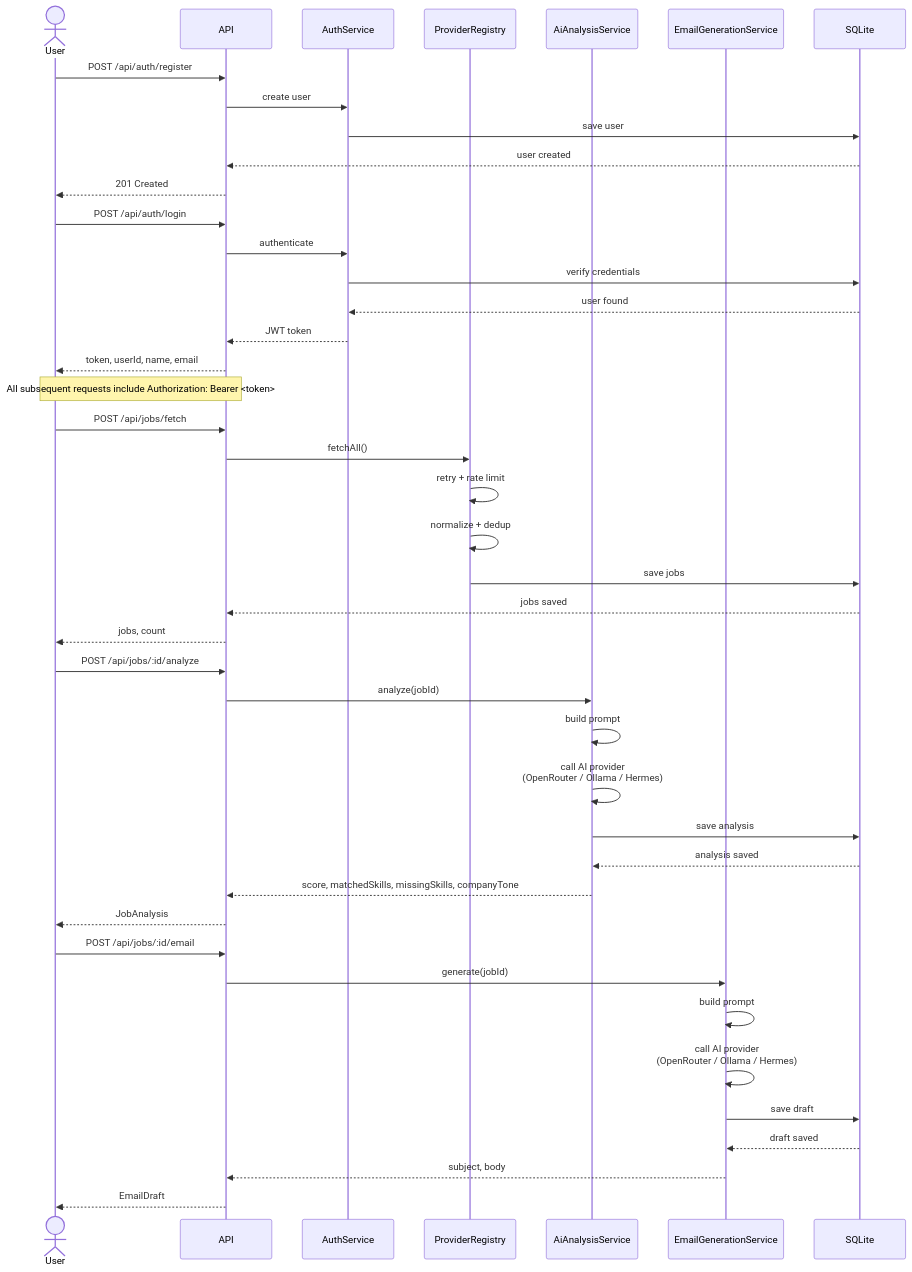
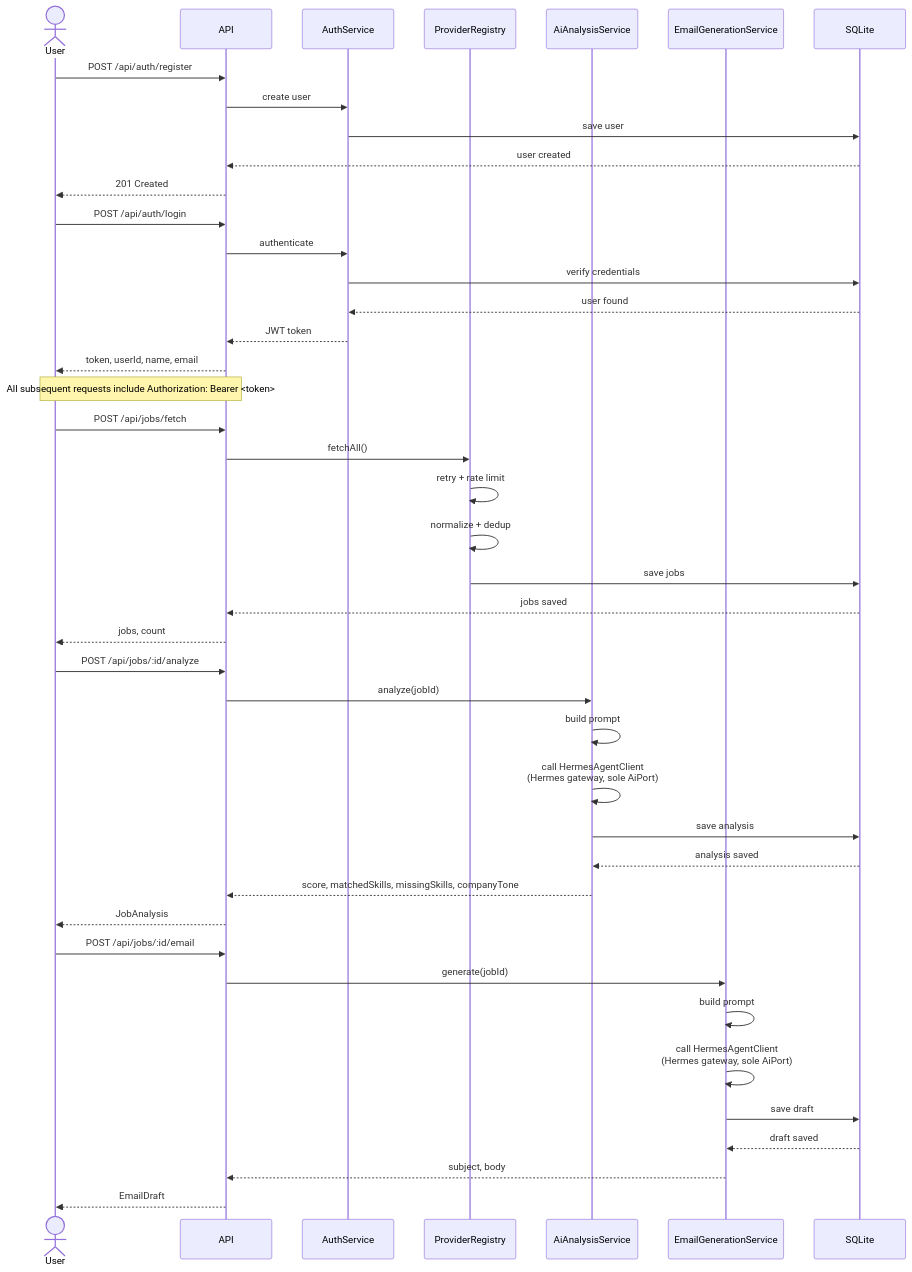
Before and after one commit to Uzzoper/job-hunter: the second of 6 diagrams in README.md, drawn with Mermaid. The commit also changed other lines of this file and 12 other files, not shown here.

Commit message:
docs: point ai docs at hermes as sole provider

````diff
--- a/README.md
+++ b/README.md
@@ -128,51 +120,51 @@
 ```mermaid
 sequenceDiagram
     actor User
     participant API
     participant Auth as AuthService
     participant Scraper as ProviderRegistry
     participant AI as AiAnalysisService
     participant Email as EmailGenerationService
     participant DB as SQLite
 
     User ->> API: POST /api/auth/register
     API ->> Auth: create user
     Auth ->> DB: save user
     DB -->> API: user created
     API -->> User: 201 Created
 
     User ->> API: POST /api/auth/login
     API ->> Auth: authenticate
     Auth ->> DB: verify credentials
     DB -->> Auth: user found
     Auth -->> API: JWT token
     API -->> User: token, userId, name, email
 
     Note over User,API: All subsequent requests include Authorization: Bearer <token>
 
     User ->> API: POST /api/jobs/fetch
     API ->> Scraper: fetchAll()
     Scraper ->> Scraper: retry + rate limit
     Scraper ->> Scraper: normalize + dedup
     Scraper ->> DB: save jobs
     DB -->> API: jobs saved
     API -->> User: jobs, count
 
     User ->> API: POST /api/jobs/:id/analyze
     API ->> AI: analyze(jobId)
     AI ->> AI: build prompt
-    AI ->> AI: call AI provider<br/>(OpenRouter / Ollama / Hermes)
+    AI ->> AI: call HermesAgentClient<br/>(Hermes gateway, sole AiPort)
     AI ->> DB: save analysis
     DB -->> AI: analysis saved
     AI -->> API: score, matchedSkills, missingSkills, companyTone
     API -->> User: JobAnalysis
 
     User ->> API: POST /api/jobs/:id/email
     API ->> Email: generate(jobId)
     Email ->> Email: build prompt
-    Email ->> Email: call AI provider<br/>(OpenRouter / Ollama / Hermes)
+    Email ->> Email: call HermesAgentClient<br/>(Hermes gateway, sole AiPort)
     Email ->> DB: save draft
     DB -->> Email: draft saved
     Email -->> API: subject, body
     API -->> User: EmailDraft
 ```
````
